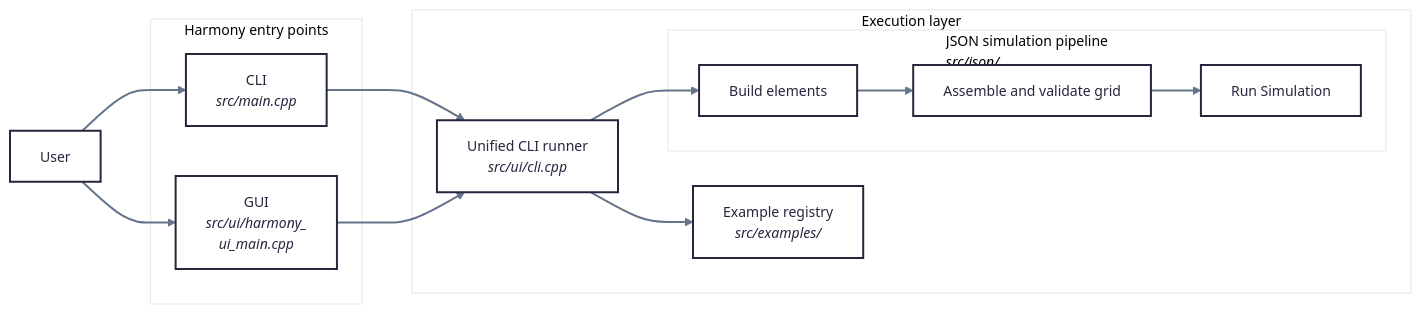
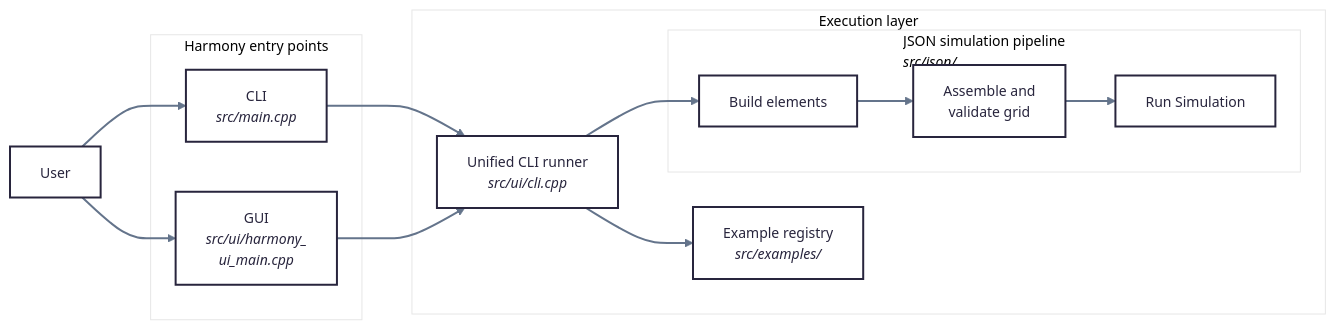
One commit to yiquintero/tmp changed the first of 16 diagrams in class_diagram.md. Above: the diagram before and after it, drawn with Mermaid.

Commit message:
Update text formatting in JSONPIPE subgraph

````diff
--- a/class_diagram.md
+++ b/class_diagram.md
@@ -6,29 +6,29 @@
 ```mermaid
 ---
 config:
   theme: redux-color
   themeVariables:
     lineColor: '#64748B'
 ---
 flowchart LR
   subgraph ENTRY["Harmony entry points"]
     CLI["CLI<br><i>src/main.cpp</i>"]
     GUI["GUI<br><i>src/ui/harmony_<br>ui_main.cpp</i>"]
   end
   subgraph RUN["Execution layer"]
     RUNNER["Unified CLI runner<br><i>src/ui/cli.cpp</i>"]
     CPPREG["Example registry<br><i>src/examples/</i>"]
     JSONPIPE
   end
   subgraph JSONPIPE["JSON simulation pipeline<br><i>src/json/</i>"]
     J1["Build elements"]
-    J2["Assemble and validate grid"]
+    J2["Assemble and<br>validate grid"]
     J3["Run Simulation"]
   end
   J1 --> J2
   J2 --> J3
   USER["User"] --> CLI & GUI
   CLI --> RUNNER
   GUI --> RUNNER
   RUNNER --> CPPREG & J1
 ```
````
